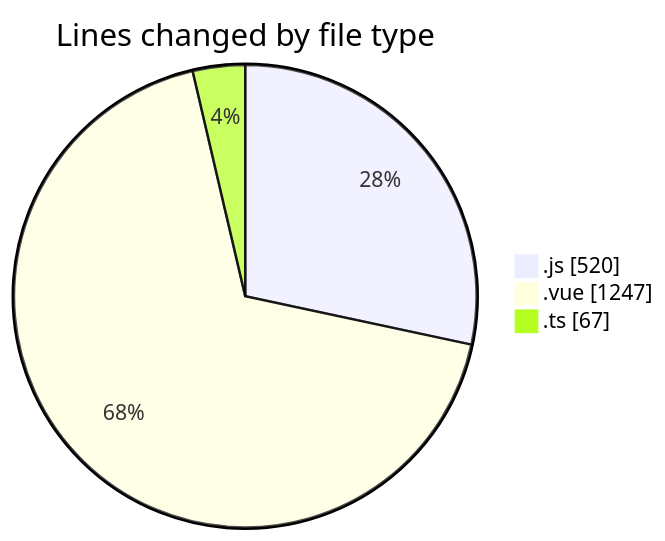
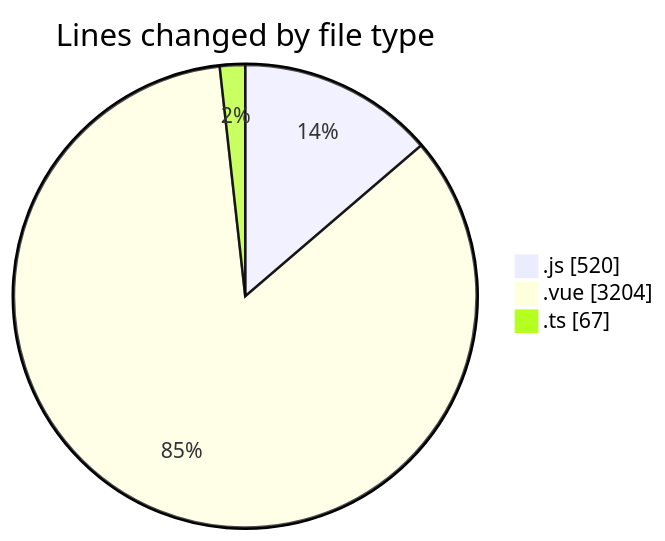
One commit to lephambinh05/code-tracking changed the first of 2 diagrams in 2025-08-17/rentotp/README.md. Above: the diagram before and after it, drawn with Mermaid. The commit also changed other lines of this file and 1 other file, not shown here.

````diff
--- a/2025-08-17/rentotp/README.md
+++ b/2025-08-17/rentotp/README.md
@@ -33,7 +34,7 @@
 ```mermaid
 pie showData
 title Lines changed by file type
 ".js" : 520
-".vue" : 1247
+".vue" : 3204
 ".ts" : 67
 ```
````
